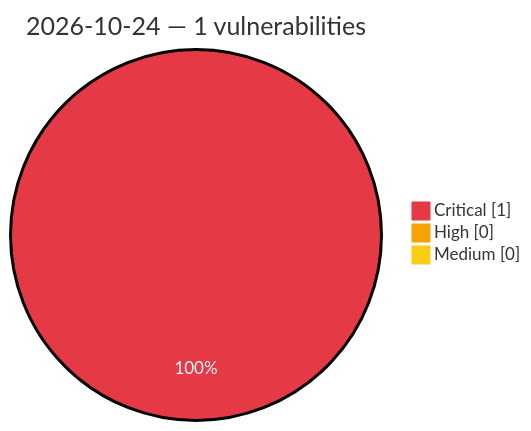
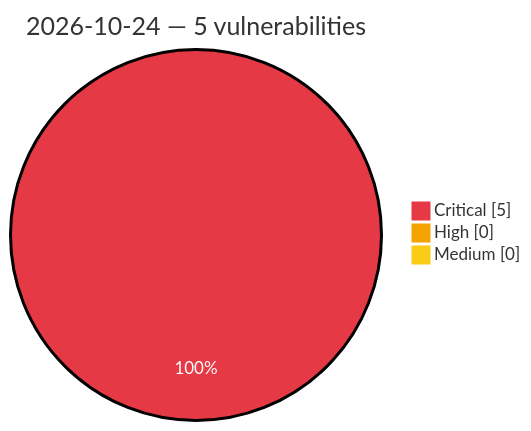
Before and after one commit to GhostX0X/vuln-tracker: the diagram in vulnerabilities/2026/October/2026-10-24.md, drawn with Mermaid. The commit also changed other lines of this file and 5 other files, not shown here.

````diff
--- a/vulnerabilities/2026/October/2026-10-24.md
+++ b/vulnerabilities/2026/October/2026-10-24.md
@@ -3,8 +3,8 @@
 ```mermaid
 %%{init: {'theme':'base', 'themeVariables': {'pie1':'#e63946', 'pie2':'#f4a300', 'pie3':'#facc15', 'pieOpacity':'1', 'pieOuterStrokeWidth':'2px', 'pieSectionTextColor':'#ffffff'}}}%%
 pie showData
-    title 2026-10-24 — 1 vulnerabilities
-    "Critical" : 1
+    title 2026-10-24 — 5 vulnerabilities
+    "Critical" : 5
     "High" : 0
     "Medium" : 0
 ```
````
